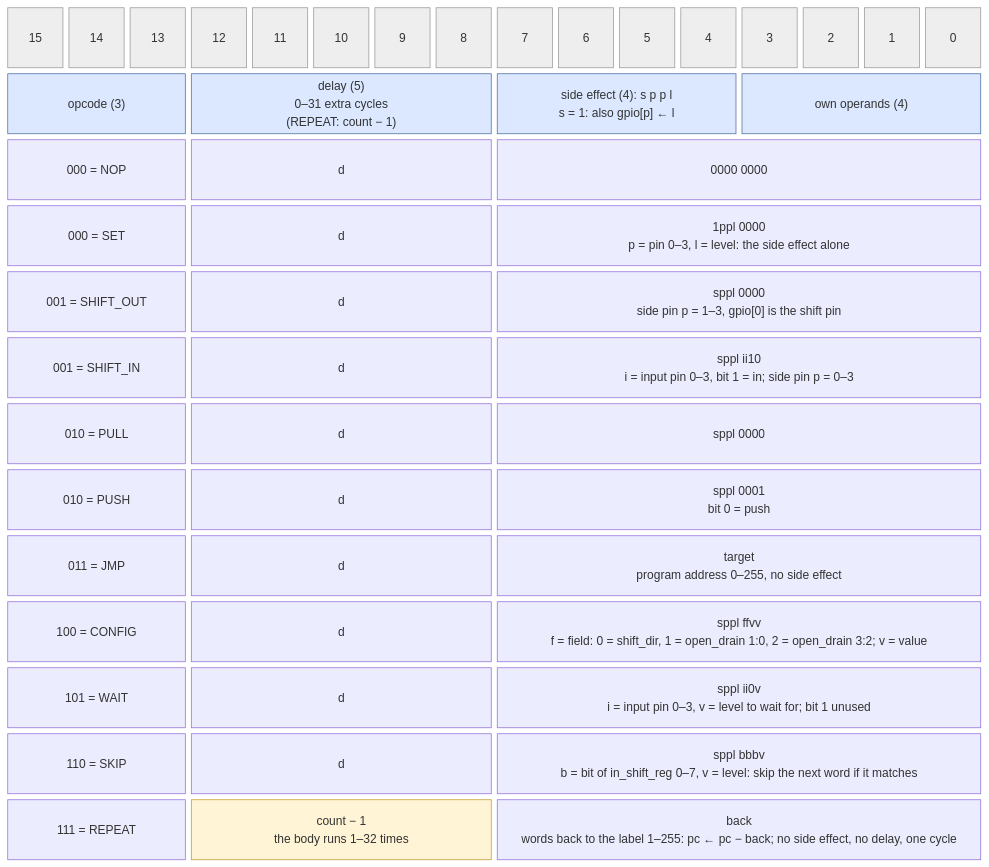
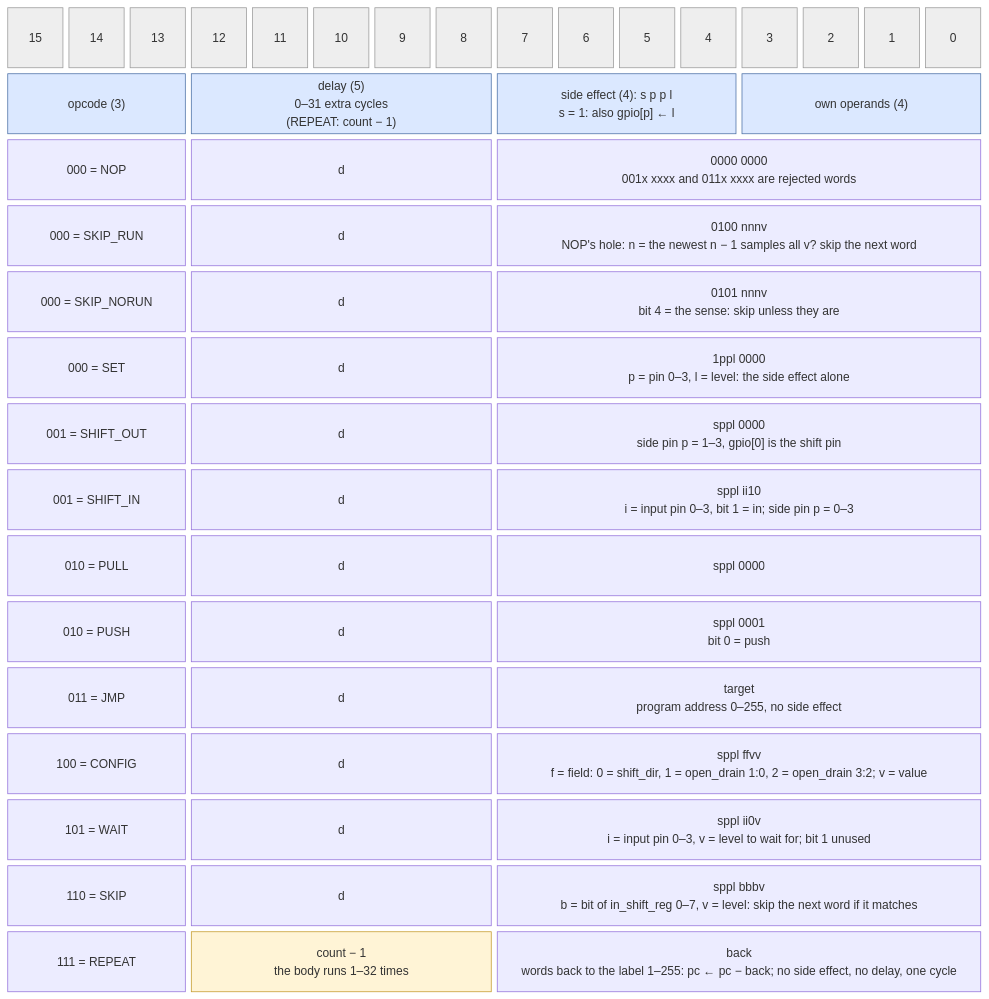
One commit to cshieldsce/smallcore changed the diagram in docs/isa_encoding.mmd. Above: the diagram before and after it, drawn with Mermaid. The commit also changed 7 other files, not shown here.

```diff
--- a/docs/isa_encoding.mmd
+++ b/docs/isa_encoding.mmd
@@ -1,23 +1,25 @@
 block-beta
   columns 16
   b15["15"] b14["14"] b13["13"] b12["12"] b11["11"] b10["10"] b9["9"] b8["8"]
   b7["7"] b6["6"] b5["5"] b4["4"] b3["3"] b2["2"] b1["1"] b0["0"]
   opcode["opcode (3)"]:3 delay["delay (5)<br/>0–31 extra cycles<br/>(REPEAT: count − 1)"]:5 side["side effect (4): s p p l<br/>s = 1: also gpio[p] ← l"]:4 own["own operands (4)"]:4
-  nop["000 = NOP"]:3 nopd["d"]:5 nopop["0000 0000"]:8
+  nop["000 = NOP"]:3 nopd["d"]:5 nopop["0000 0000<br/>001x xxxx and 011x xxxx are rejected words"]:8
+  run["000 = SKIP_RUN"]:3 rund["d"]:5 runop["0100 nnnv<br/>NOP's hole: n = the newest n − 1 samples all v? skip the next word"]:8
+  norun["000 = SKIP_NORUN"]:3 norund["d"]:5 norunop["0101 nnnv<br/>bit 4 = the sense: skip unless they are"]:8
   set["000 = SET"]:3 setd["d"]:5 setop["1ppl 0000<br/>p = pin 0–3, l = level: the side effect alone"]:8
   shift["001 = SHIFT_OUT"]:3 shiftd["d"]:5 shiftop["sppl 0000<br/>side pin p = 1–3, gpio[0] is the shift pin"]:8
   shin["001 = SHIFT_IN"]:3 shind["d"]:5 shinop["sppl ii10<br/>i = input pin 0–3, bit 1 = in; side pin p = 0–3"]:8
   pull["010 = PULL"]:3 pulld["d"]:5 pullop["sppl 0000"]:8
   push["010 = PUSH"]:3 pushd["d"]:5 pushop["sppl 0001<br/>bit 0 = push"]:8
   jmp["011 = JMP"]:3 jmpd["d"]:5 jmpop["target<br/>program address 0–255, no side effect"]:8
   cfg["100 = CONFIG"]:3 cfgd["d"]:5 cfgop["sppl ffvv<br/>f = field: 0 = shift_dir, 1 = open_drain 1:0, 2 = open_drain 3:2; v = value"]:8
   wait["101 = WAIT"]:3 waitd["d"]:5 waitop["sppl ii0v<br/>i = input pin 0–3, v = level to wait for; bit 1 unused"]:8
   skip["110 = SKIP"]:3 skipd["d"]:5 skipop["sppl bbbv<br/>b = bit of in_shift_reg 0–7, v = level: skip the next word if it matches"]:8
   rep["111 = REPEAT"]:3 repc["count − 1<br/>the body runs 1–32 times"]:5 repop["back<br/>words back to the label 1–255: pc ← pc − back; no side effect, no delay, one cycle"]:8
 
   classDef hdr fill:#eee,stroke:#999,color:#555
   classDef field fill:#dbe8ff,stroke:#4a6fa5
   classDef count fill:#fff4d6,stroke:#c49a2a
   class b15,b14,b13,b12,b11,b10,b9,b8,b7,b6,b5,b4,b3,b2,b1,b0 hdr
   class opcode,delay,side,own field
   class repc count
```
